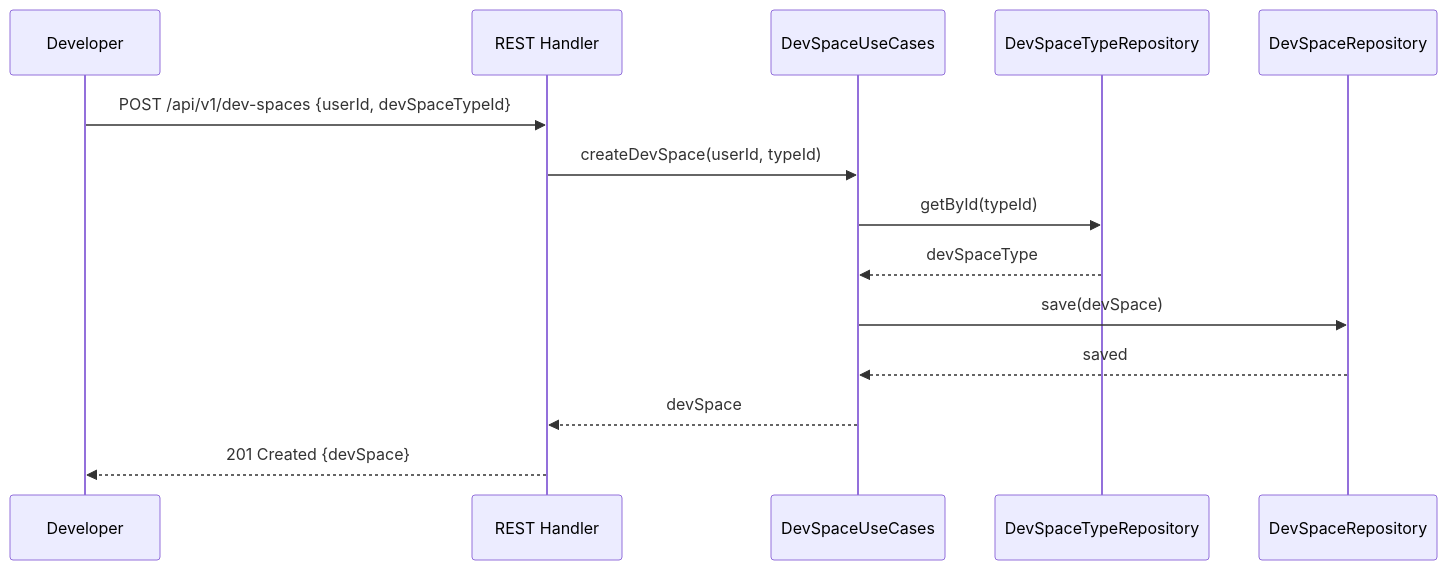
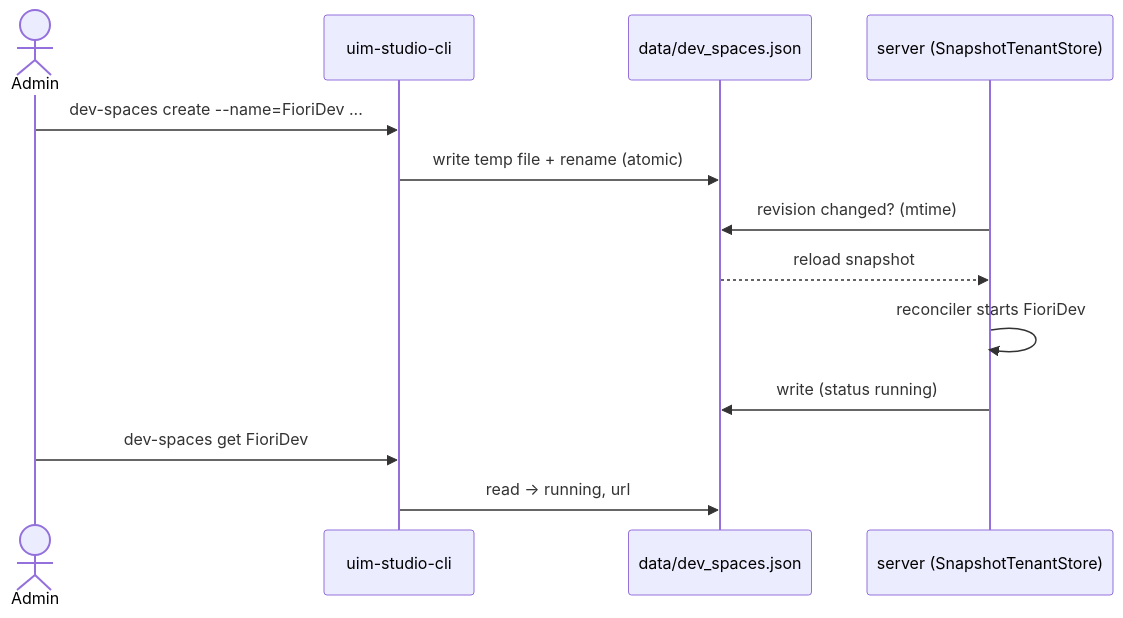
Before and after one commit to UIMSolutions/uim-platform: the ninth of 10 diagrams in application-studio/UML.md, drawn with Mermaid. The commit also changed other lines of this file and 57 other files, not shown here.

````diff
--- a/application-studio/UML.md
+++ b/application-studio/UML.md
@@ -114,17 +417,16 @@
 ```mermaid
 sequenceDiagram
-    participant D as Developer
-    participant R as REST Handler
-    participant UC as DevSpaceUseCases
-    participant DTR as DevSpaceTypeRepository
-    participant DSR as DevSpaceRepository
+    actor Admin
+    participant CLI as uim-studio-cli
+    participant FS as data/dev_spaces.json
+    participant SRV as server (SnapshotTenantStore)
 
-    D->>R: POST /api/v1/dev-spaces {userId, devSpaceTypeId}
-    R->>UC: createDevSpace(userId, typeId)
-    UC->>DTR: getById(typeId)
-    DTR-->>UC: devSpaceType
-    UC->>DSR: save(devSpace)
-    DSR-->>UC: saved
-    UC-->>R: devSpace
-    R-->>D: 201 Created {devSpace}
+    Admin->>CLI: dev-spaces create --name=FioriDev ...
+    CLI->>FS: write temp file + rename (atomic)
+    SRV->>FS: revision changed? (mtime)
+    FS-->>SRV: reload snapshot
+    SRV->>SRV: reconciler starts FioriDev
+    SRV->>FS: write (status running)
+    Admin->>CLI: dev-spaces get FioriDev
+    CLI->>FS: read → running, url
 ```
````
